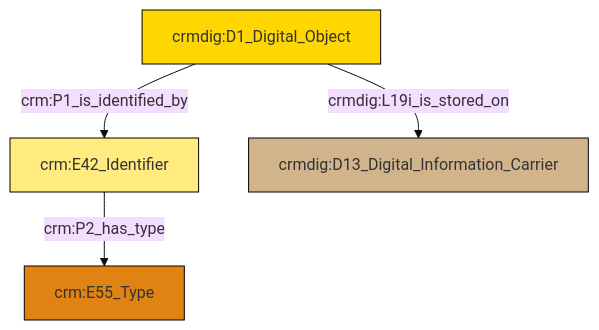
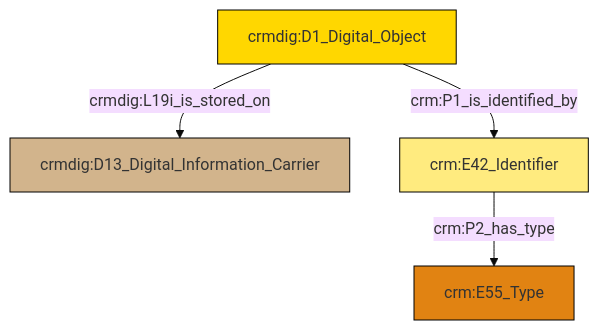
The diagram in et/doCSV/ttl/mmd/do_location.ttl.mmd (swiss-art-research-net/docs.swissartresearch), drawn with Mermaid (base theme) before and after one commit. The commit also changed 180 other files, not shown here.

```diff
--- a/et/doCSV/ttl/mmd/do_location.ttl.mmd
+++ b/et/doCSV/ttl/mmd/do_location.ttl.mmd
@@ -1,18 +1,18 @@
 graph TD
 classDef Literal fill:#f2f2f2,stroke:#000000;
 classDef CRM_Entity fill:#FFFFFF,stroke:#000000;
 classDef Temporal_Entity fill:#00C9E6, stroke:#000000;
 classDef Type fill:#E18312, stroke:#000000;
 classDef Time-Span fill:#2C9C91, stroke:#000000;
 classDef Appellation fill:#FFEB7F, stroke:#000000;
 classDef Place fill:#008836, stroke:#000000;
 classDef Persistent_Item fill:#B266B2, stroke:#000000;
 classDef Conceptual_Object fill:#FFD700, stroke:#000000;
 classDef Physical_Thing fill:#D2B48C, stroke:#000000;
 classDef Actor fill:#f58aad, stroke:#000000;
 classDef PC_Classes fill:#4ce600, stroke:#000000;
 classDef Multi fill:#cccccc,stroke:#000000;
 
-0["crm:E42_Identifier"]:::Appellation -->|crm:P2_has_type| 2["crm:E55_Type"]:::Type
-5["crmdig:D1_Digital_Object"]:::Conceptual_Object -->|crm:P1_is_identified_by| 0["crm:E42_Identifier"]:::Appellation
-5["crmdig:D1_Digital_Object"]:::Conceptual_Object -->|crmdig:L19i_is_stored_on| 3["crmdig:D13_Digital_Information_Carrier"]:::Physical_Thing
+0["crmdig:D1_Digital_Object"]:::Conceptual_Object -->|crmdig:L19i_is_stored_on| 2["crmdig:D13_Digital_Information_Carrier"]:::Physical_Thing
+0["crmdig:D1_Digital_Object"]:::Conceptual_Object -->|crm:P1_is_identified_by| 3["crm:E42_Identifier"]:::Appellation
+3["crm:E42_Identifier"]:::Appellation -->|crm:P2_has_type| 4["crm:E55_Type"]:::Type
```
